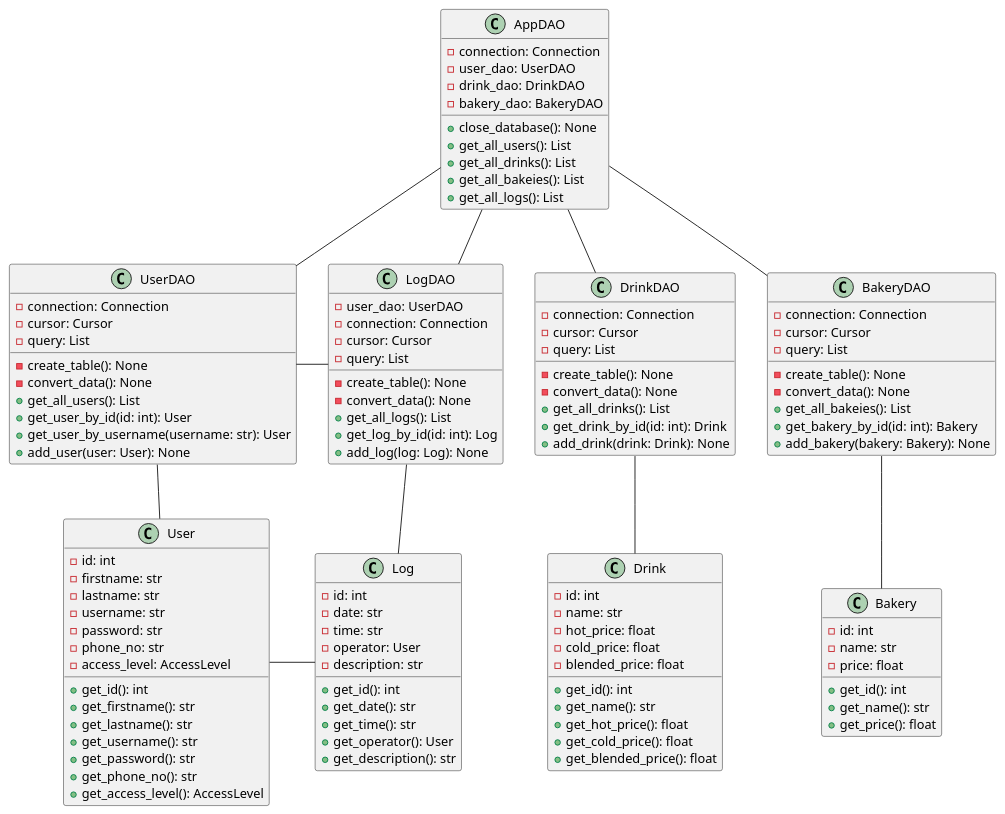
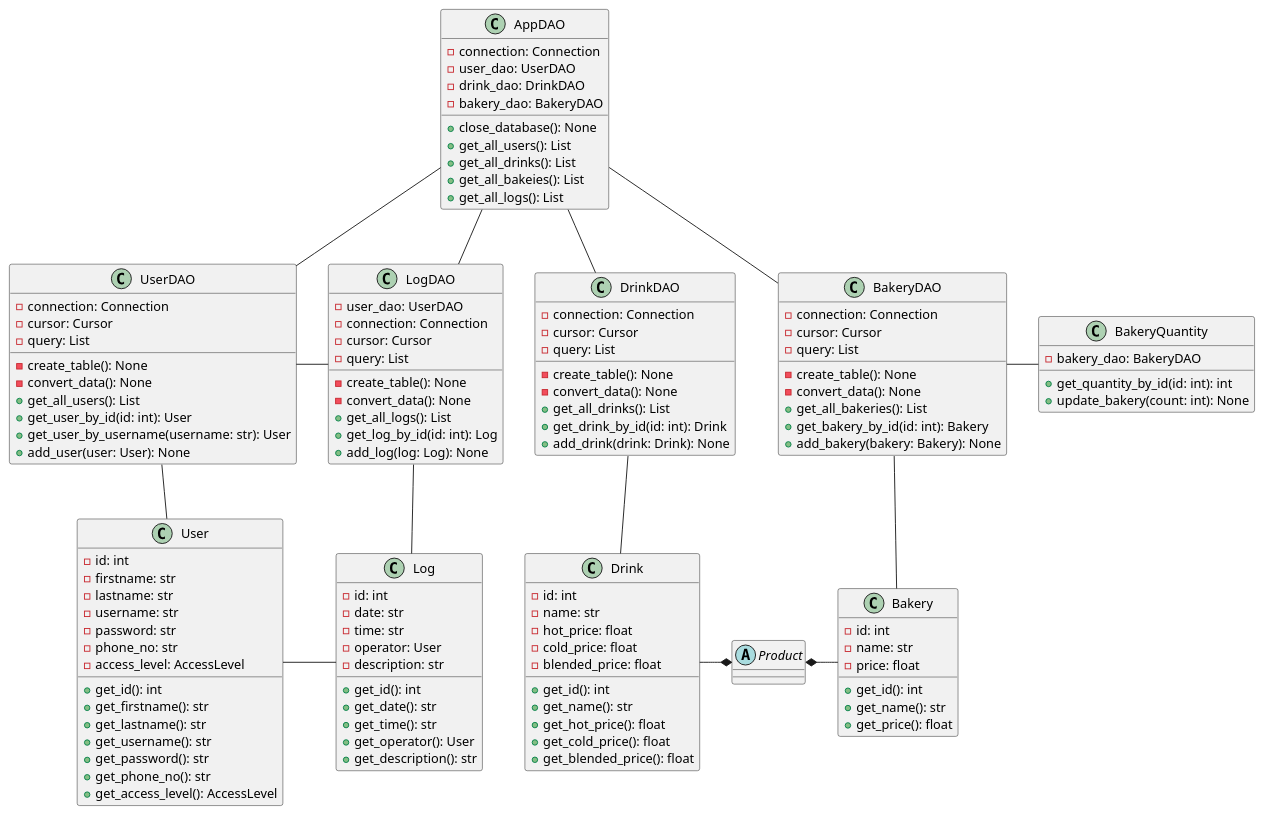
One commit to TawanLekngam/NAAR-RAAN changed the diagram in UML.puml. Above: the diagram before and after it, drawn with PlantUML.

Commit message:
Update UML

```diff
--- a/UML.puml
+++ b/UML.puml
@@ -1,136 +1,148 @@
 @startuml
 
 class AppDAO {
     - connection: Connection
     - user_dao: UserDAO
     - drink_dao: DrinkDAO
     - bakery_dao: BakeryDAO
 
     + close_database(): None
     + get_all_users(): List
     + get_all_drinks(): List
     + get_all_bakeies(): List
     + get_all_logs(): List
 
 }
 
 class UserDAO {
     - connection: Connection
     - cursor: Cursor
     - query: List
 
     - create_table(): None
     - convert_data(): None
     + get_all_users(): List
     + get_user_by_id(id: int): User
     + get_user_by_username(username: str): User
     + add_user(user: User): None
 }
 
 class DrinkDAO {
     - connection: Connection
     - cursor: Cursor
     - query: List
 
     - create_table(): None
     - convert_data(): None
     + get_all_drinks(): List
     + get_drink_by_id(id: int): Drink
     + add_drink(drink: Drink): None
 
 }
 
 class BakeryDAO {
     - connection: Connection
     - cursor: Cursor
     - query: List
 
     - create_table(): None
     - convert_data(): None
-    + get_all_bakeies(): List
+    + get_all_bakeries(): List
     + get_bakery_by_id(id: int): Bakery
     + add_bakery(bakery: Bakery): None 
 
 }
 
 class LogDAO {
     - user_dao: UserDAO
     - connection: Connection
     - cursor: Cursor
     - query: List
 
     - create_table(): None
     - convert_data(): None
     + get_all_logs(): List
     + get_log_by_id(id: int): Log
     + add_log(log: Log): None
 
 }
 
 class User {
     - id: int
     - firstname: str
     - lastname: str
     - username: str
     - password: str
     - phone_no: str
     - access_level: AccessLevel
 
     + get_id(): int
     + get_firstname(): str
     + get_lastname(): str
     + get_username(): str
     + get_password(): str
     + get_phone_no(): str
     + get_access_level(): AccessLevel
 }
 
 class Log {
     - id: int
     - date: str
     - time: str
     - operator: User
     - description: str
 
     + get_id(): int
     + get_date(): str
     + get_time(): str
     + get_operator(): User
     + get_description(): str
 }
 
+abstract class Product
+
 class Drink {
     - id: int
     - name: str
     - hot_price: float
     - cold_price: float
     - blended_price: float
 
     + get_id(): int
     + get_name(): str
     + get_hot_price(): float
     + get_cold_price(): float
     + get_blended_price(): float
 }
 
 class Bakery {
     - id: int
     - name: str
     - price: float
 
     + get_id(): int
     + get_name(): str
     + get_price(): float
 }
 
+class BakeryQuantity{
+    - bakery_dao: BakeryDAO
+
+    + get_quantity_by_id(id: int): int
+    + update_bakery(count: int): None
+}
+
 AppDAO -- UserDAO
 AppDAO -- LogDAO
 UserDAO - LogDAO
 AppDAO -- DrinkDAO
 AppDAO -- BakeryDAO
 UserDAO -- User
 LogDAO -- Log
 User - Log
 DrinkDAO -- Drink
 BakeryDAO -- Bakery
+Drink -* Product
+Product *- Bakery
+BakeryDAO - BakeryQuantity
 @enduml
```
